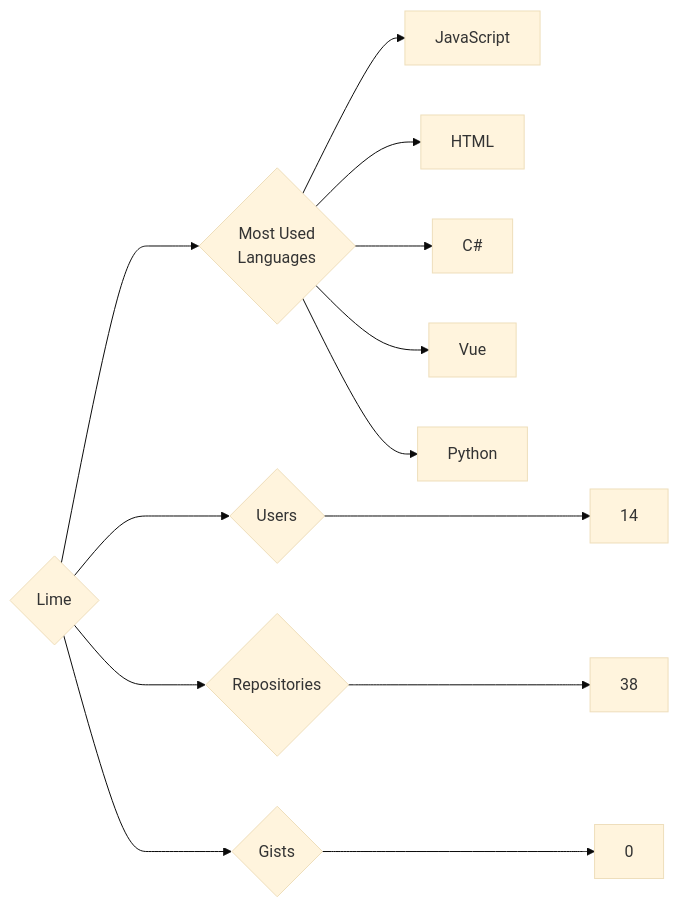
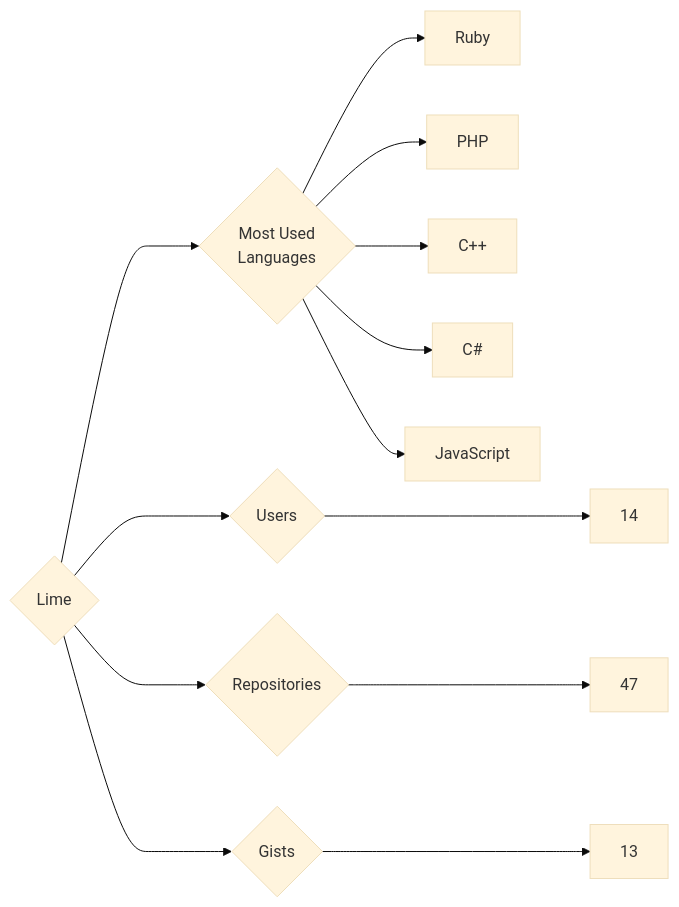
The diagram in targets/Lime/README.md (trickest/insiders), drawn with Mermaid (base theme) before and after one commit. The commit also changed 932 other files, not shown here.

````diff
--- a/targets/Lime/README.md
+++ b/targets/Lime/README.md
@@ -3,13 +3,13 @@
 ```mermaid
 graph LR
 COMPANY_NAME{Lime}
 COMPANY_NAME ---> U{Users} ---> UN[14]
-COMPANY_NAME ---> R{Repositories} ---> RN[38]
-COMPANY_NAME ---> G{Gists} ---> GN[0]
+COMPANY_NAME ---> R{Repositories} ---> RN[47]
+COMPANY_NAME ---> G{Gists} ---> GN[13]
 COMPANY_NAME ---> ML{Most Used<br>Languages}
+ML --> Ruby[Ruby]
+ML --> PHP[PHP]
+ML --> C++[C++]
+ML --> C#[C#]
 ML --> JavaScript[JavaScript]
-ML --> HTML[HTML]
-ML --> C#[C#]
-ML --> Vue[Vue]
-ML --> Python[Python]
 ```
````
